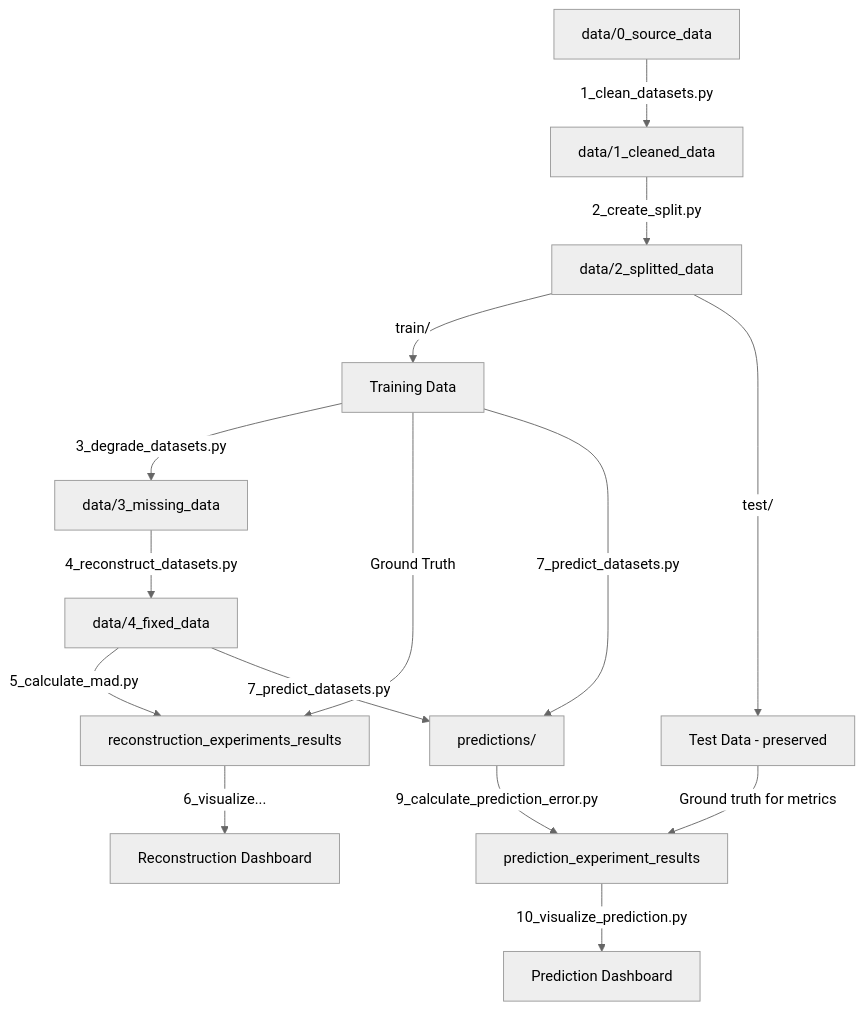
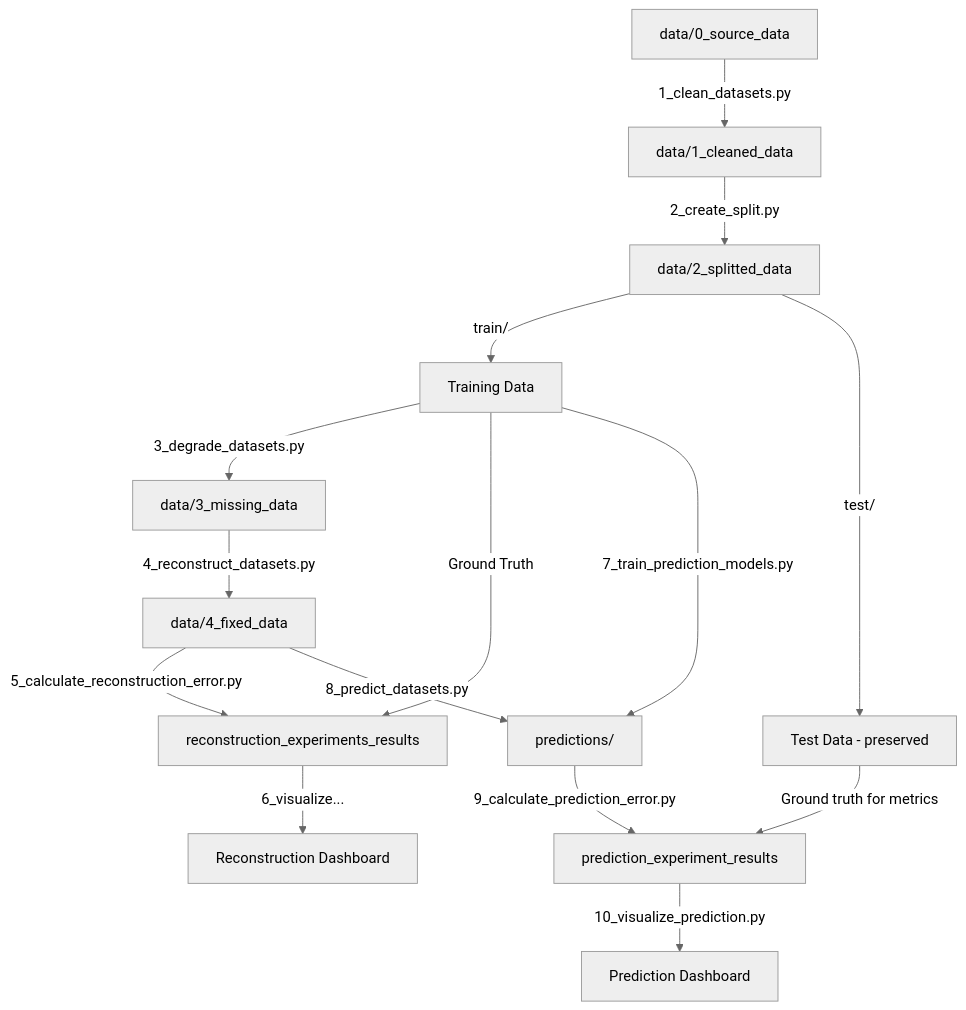
Before and after one commit to DariuszKobiela/uniTS-MissRecoPred: the diagram in README.md, drawn with Mermaid (neutral theme). The commit also changed other lines of this file and 8 other files, not shown here.

````diff
--- a/README.md
+++ b/README.md
@@ -613,17 +620,17 @@
 ```mermaid
 graph TD
     A[data/0_source_data] -->|1_clean_datasets.py| B[data/1_cleaned_data]
     B -->|2_create_split.py| C[data/2_splitted_data]
     C -->|train/| D[Training Data]
     C -->|test/| E[Test Data - preserved]
     D -->|3_degrade_datasets.py| F[data/3_missing_data]
     F -->|4_reconstruct_datasets.py| G[data/4_fixed_data]
-    G -->|5_calculate_mad.py| H[reconstruction_experiments_results]
+    G -->|5_calculate_reconstruction_error.py| H[reconstruction_experiments_results]
     D -->|Ground Truth| H
     H -->|6_visualize...| I[Reconstruction Dashboard]
-    D -->|7_predict_datasets.py| J[predictions/]
-    G -->|7_predict_datasets.py| J
+    D -->|7_train_prediction_models.py| J[predictions/]
+    G -->|8_predict_datasets.py| J
     J -->|9_calculate_prediction_error.py| K[prediction_experiment_results]
     E -->|Ground truth for metrics| K
     K -->|10_visualize_prediction.py| L[Prediction Dashboard]
 ```
````
